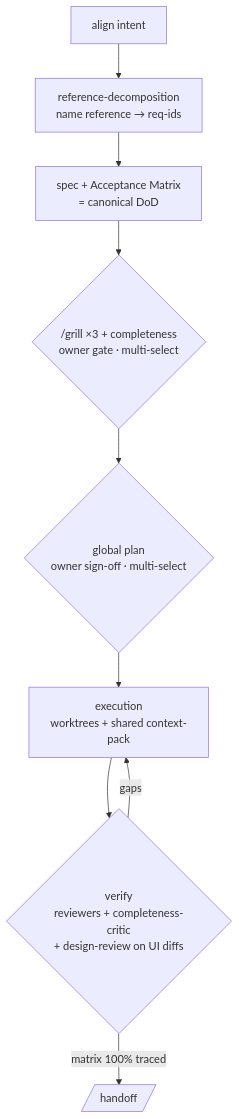
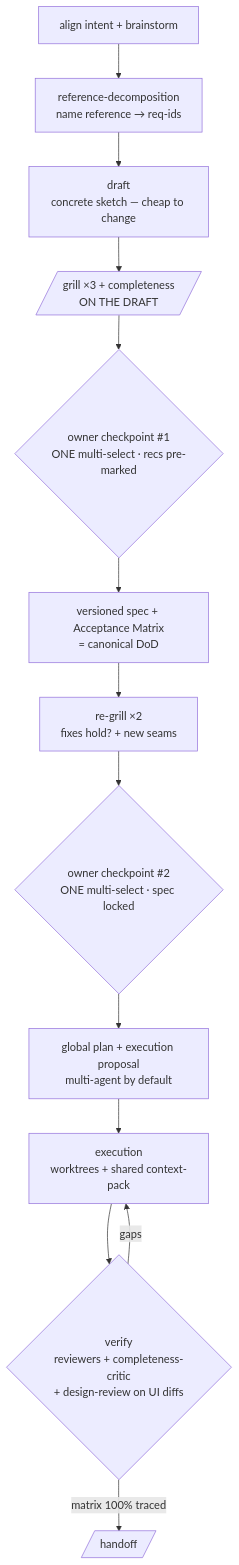
One commit to davidgarciagordo/claude-code-setup-optimizer changed the diagram in README.md. Above: the diagram before and after it, drawn with Mermaid. The commit also changed other lines of this file and 7 other files, not shown here.

````diff
--- a/README.md
+++ b/README.md
@@ -65,11 +65,15 @@
 ```mermaid
 flowchart TD
-  A[align intent] --> R[reference-decomposition<br/>name reference → req-ids]
-  R --> S[spec + Acceptance Matrix<br/>= canonical DoD]
-  S --> G{/grill ×3 + completeness<br/>owner gate · multi-select}
-  G --> P{global plan<br/>owner sign-off · multi-select}
+  A[align intent + brainstorm] --> R[reference-decomposition<br/>name reference → req-ids]
+  R --> D[draft<br/>concrete sketch — cheap to change]
+  D --> G[/grill ×3 + completeness<br/>ON THE DRAFT/]
+  G --> C1{owner checkpoint #1<br/>ONE multi-select · recs pre-marked}
+  C1 --> S[versioned spec + Acceptance Matrix<br/>= canonical DoD]
+  S --> RG[re-grill ×2<br/>fixes hold? + new seams]
+  RG --> C2{owner checkpoint #2<br/>ONE multi-select · spec locked}
+  C2 --> P[global plan + execution proposal<br/>multi-agent by default]
   P --> E[execution<br/>worktrees + shared context-pack]
   E --> V{verify<br/>reviewers + completeness-critic<br/>+ design-review on UI diffs}
   V -- gaps --> E
   V -- matrix 100% traced --> H[/handoff/]
 ```
````
